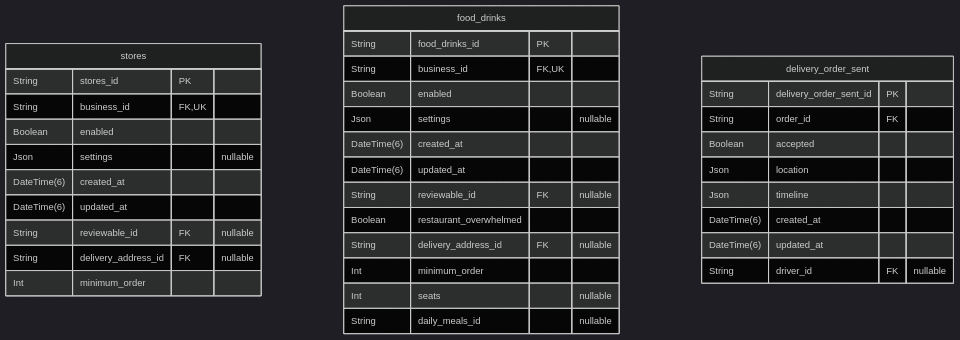
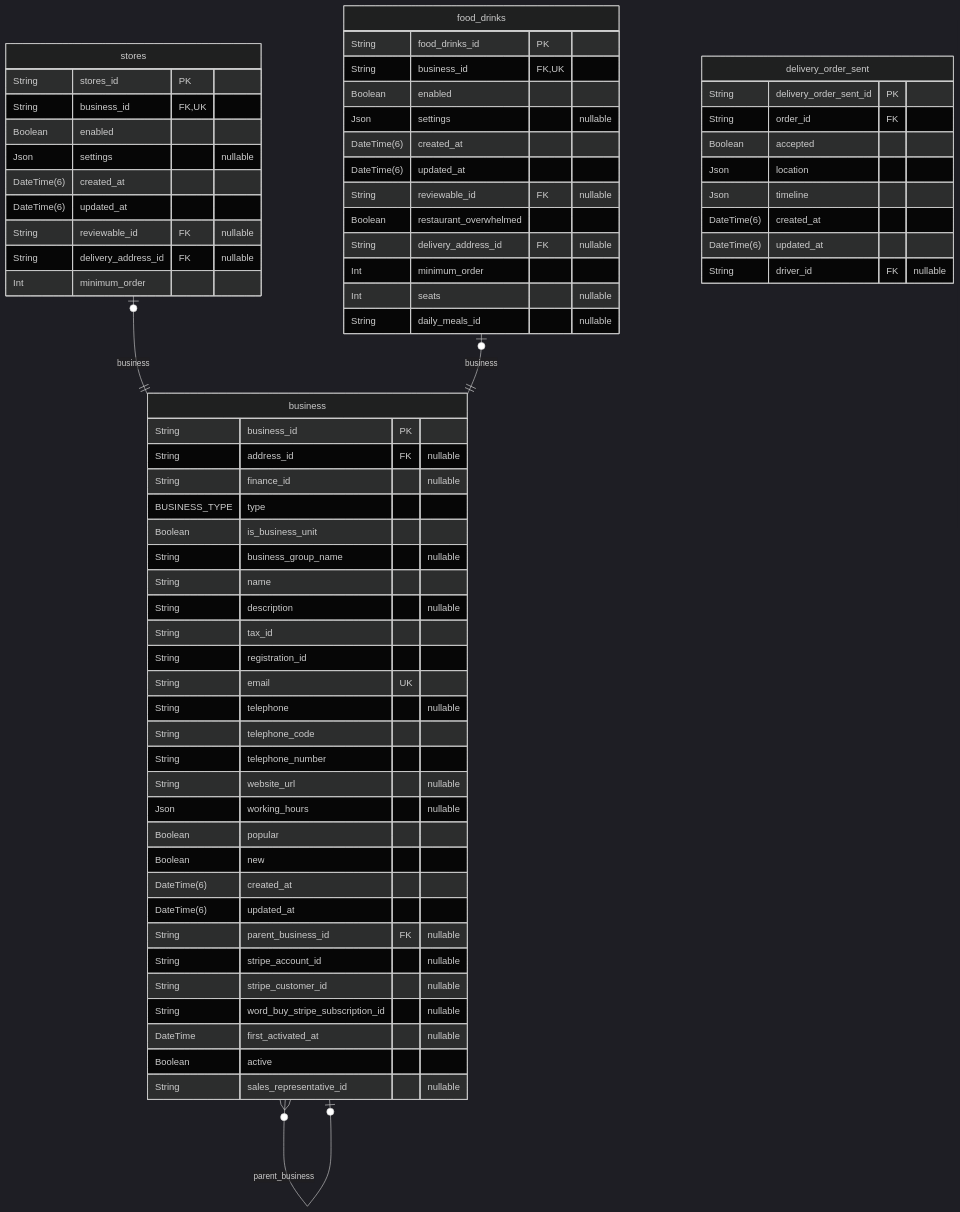
One commit to pbozic/be-analyisis changed diagram 18 of 37 in prisma/schemas/ERD.md. Above: the diagram before and after it, drawn with Mermaid (dark theme). The commit also changed other lines of this file and 4 other files, not shown here.

Commit message:
feature: updated schemas with latest required changes

````diff
--- a/prisma/schemas/ERD.md
+++ b/prisma/schemas/ERD.md
@@ -4597,38 +4148,70 @@
 ```mermaid
 erDiagram
 "stores" {
   String stores_id PK
   String business_id FK,UK
   Boolean enabled
   Json settings "nullable"
   DateTime(6) created_at
   DateTime(6) updated_at
   String reviewable_id FK "nullable"
   String delivery_address_id FK "nullable"
   Int minimum_order
 }
 "food_drinks" {
   String food_drinks_id PK
   String business_id FK,UK
   Boolean enabled
   Json settings "nullable"
   DateTime(6) created_at
   DateTime(6) updated_at
   String reviewable_id FK "nullable"
   Boolean restaurant_overwhelmed
   String delivery_address_id FK "nullable"
   Int minimum_order
   Int seats "nullable"
   String daily_meals_id "nullable"
 }
+"business" {
+  String business_id PK
+  String address_id FK "nullable"
+  String finance_id "nullable"
+  BUSINESS_TYPE type
+  Boolean is_business_unit
+  String business_group_name "nullable"
+  String name
+  String description "nullable"
+  String tax_id
+  String registration_id
+  String email UK
+  String telephone "nullable"
+  String telephone_code
+  String telephone_number
+  String website_url "nullable"
+  Json working_hours "nullable"
+  Boolean popular
+  Boolean new
+  DateTime(6) created_at
+  DateTime(6) updated_at
+  String parent_business_id FK "nullable"
+  String stripe_account_id "nullable"
+  String stripe_customer_id "nullable"
+  String word_buy_stripe_subscription_id "nullable"
+  DateTime first_activated_at "nullable"
+  Boolean active
+  String sales_representative_id "nullable"
+}
 "delivery_order_sent" {
   String delivery_order_sent_id PK
   String order_id FK
   Boolean accepted
   Json location
   Json timeline
   DateTime(6) created_at
   DateTime(6) updated_at
   String driver_id FK "nullable"
 }
+"stores" |o--|| "business" : business
+"food_drinks" |o--|| "business" : business
+"business" }o--o| "business" : parent_business
 ```
````
